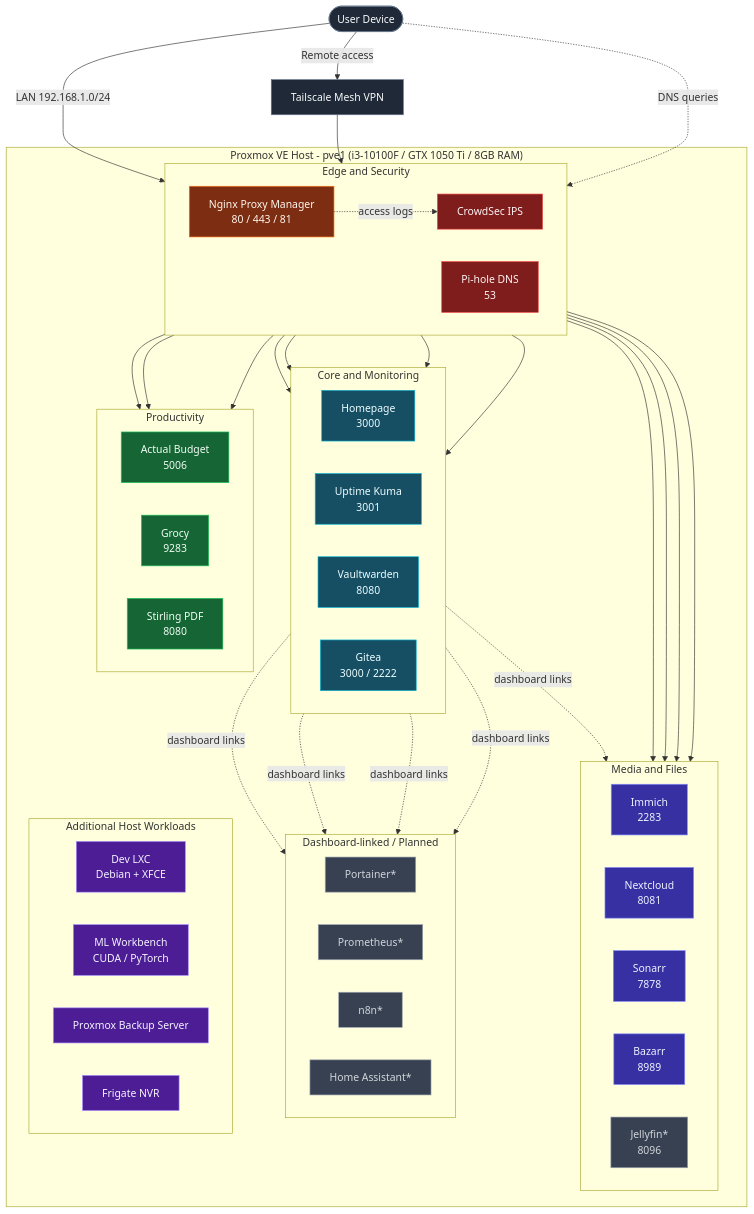
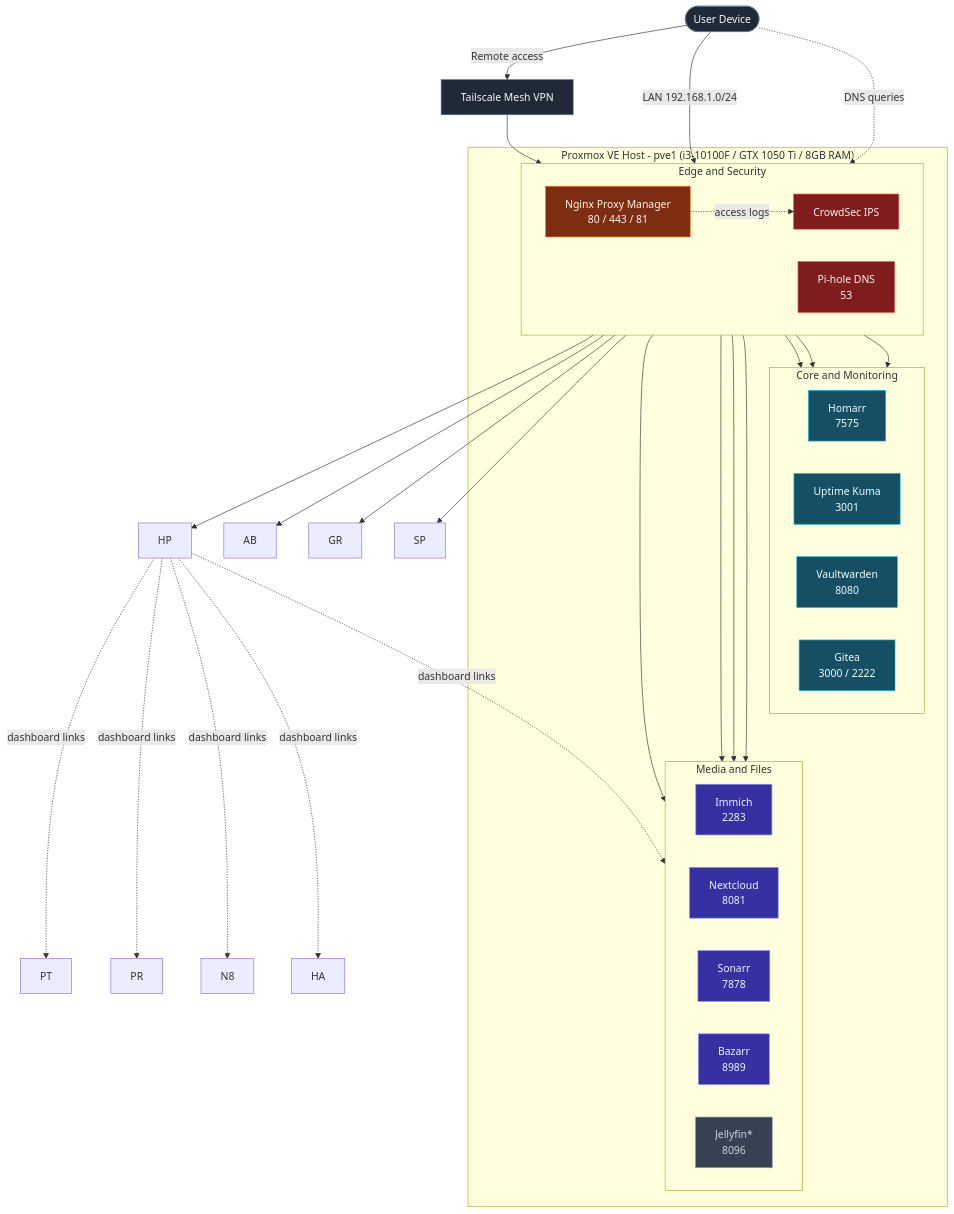
The diagram in README.md (moanast/homelab), drawn with Mermaid before and after one commit. The commit also changed other lines of this file, not shown here.

````diff
--- a/README.md
+++ b/README.md
@@ -48,71 +48,48 @@
 ```mermaid
 flowchart TB
     classDef external fill:#1f2937,stroke:#64748b,color:#f8fafc
     classDef proxy fill:#7c2d12,stroke:#f97316,color:#fff7ed
     classDef security fill:#7f1d1d,stroke:#ef4444,color:#fef2f2
     classDef core fill:#164e63,stroke:#06b6d4,color:#ecfeff
     classDef media fill:#3730a3,stroke:#818cf8,color:#eef2ff
     classDef productivity fill:#166534,stroke:#22c55e,color:#f0fdf4
     classDef planned fill:#374151,stroke:#9ca3af,color:#d1d5db
     classDef host fill:#4c1d95,stroke:#a78bfa,color:#f5f3ff
 
     User(["User Device"]):::external
     TS["Tailscale Mesh VPN"]:::external
 
     subgraph HOST["Proxmox VE Host - pve1 (i3-10100F / GTX 1050 Ti / 8GB RAM)"]
         subgraph EDGE["Edge and Security"]
             direction LR
             NPM["Nginx Proxy Manager<br/>80 / 443 / 81"]:::proxy
             PIHOLE["Pi-hole DNS<br/>53"]:::security
             CS["CrowdSec IPS"]:::security
         end
 
         subgraph CORE["Core and Monitoring"]
             direction LR
-            HP["Homepage<br/>3000"]:::core
+            HM["Homarr<br/>7575"]:::core
             UK["Uptime Kuma<br/>3001"]:::core
             VW["Vaultwarden<br/>8080"]:::core
             GT["Gitea<br/>3000 / 2222"]:::core
         end
 
         subgraph MEDIA["Media and Files"]
             direction LR
             IM["Immich<br/>2283"]:::media
             NC["Nextcloud<br/>8081"]:::media
             SO["Sonarr<br/>7878"]:::media
             BZ["Bazarr<br/>8989"]:::media
             JF["Jellyfin*<br/>8096"]:::planned
         end
-
-        subgraph PROD["Productivity"]
-            direction LR
-            AB["Actual Budget<br/>5006"]:::productivity
-            GR["Grocy<br/>9283"]:::productivity
-            SP["Stirling PDF<br/>8080"]:::productivity
-        end
-
-        subgraph FUTURE["Dashboard-linked / Planned"]
-            direction LR
-            PT["Portainer*"]:::planned
-            PR["Prometheus*"]:::planned
-            N8["n8n*"]:::planned
-            HA["Home Assistant*"]:::planned
-        end
-
-        subgraph WORKLOADS["Additional Host Workloads"]
-            direction LR
-            DEV["Dev LXC<br/>Debian + XFCE"]:::host
-            ML["ML Workbench<br/>CUDA / PyTorch"]:::host
-            PBS["Proxmox Backup Server"]:::host
-            FRIGATE["Frigate NVR"]:::host
-        end
     end
 
     User -->|LAN 192.168.1.0/24| NPM
     User -->|Remote access| TS
     TS --> NPM
     User -.->|DNS queries| PIHOLE
     NPM -.->|access logs| CS
     NPM --> HP & UK & VW & GT & IM & NC & SO & BZ & AB & GR & SP
     HP -.->|dashboard links| JF & PT & PR & N8 & HA
 ```
````
